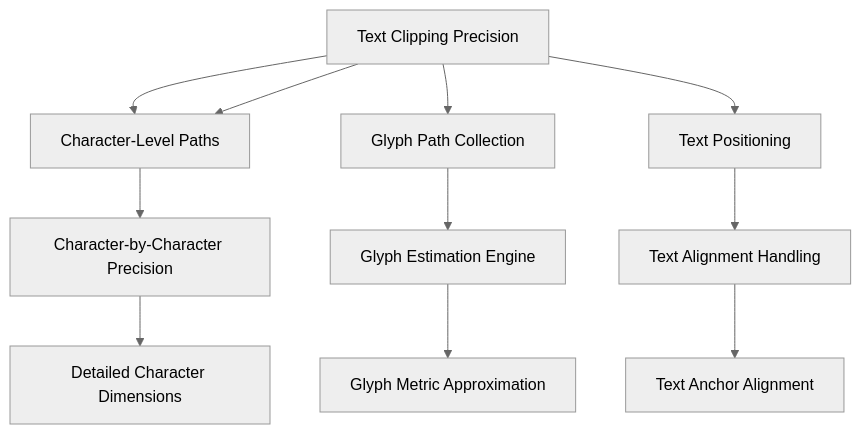
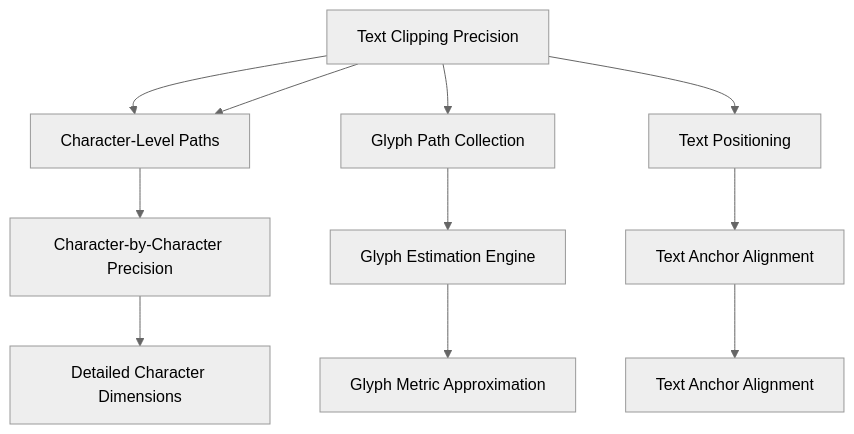
Before and after one commit to denisnadey/flutter_full_svg_support: the sixth of 10 diagrams in .qoder/repowiki/en/content/Animated SVG Support/Advanced Animation Features/SVG Filters and Effects/Advanced Clipping and Masking System.md, drawn with Mermaid (neutral theme). The commit also changed other lines of this file and 498 other files, not shown here.

````diff
--- a/.qoder/repowiki/en/content/Animated SVG Support/Advanced Animation Features/SVG Filters and Effects/Advanced Clipping and Masking System.md
+++ b/.qoder/repowiki/en/content/Animated SVG Support/Advanced Animation Features/SVG Filters and Effects/Advanced Clipping and Masking System.md
@@ -416,15 +379,15 @@
 ```mermaid
 flowchart TD
 TCP[Text Clipping Precision] --> CLP[Character-Level Paths]
 GPC[Glyph Path Collection]
 TP[Text Positioning]
 TCP --> CLP
 TCP --> GPC
 TCP --> TP
 CLP --> CCP[Character-by-Character Precision]
 GPC --> GPE[Glyph Estimation Engine]
-TP --> TPA[Text Alignment Handling]
+TP --> TPA[Text Anchor Alignment]
 CCP --> CCPD[Detailed Character Dimensions]
 GPE --> GPED[Glyph Metric Approximation]
 TPA --> TAA[Text Anchor Alignment]
 ```
````
